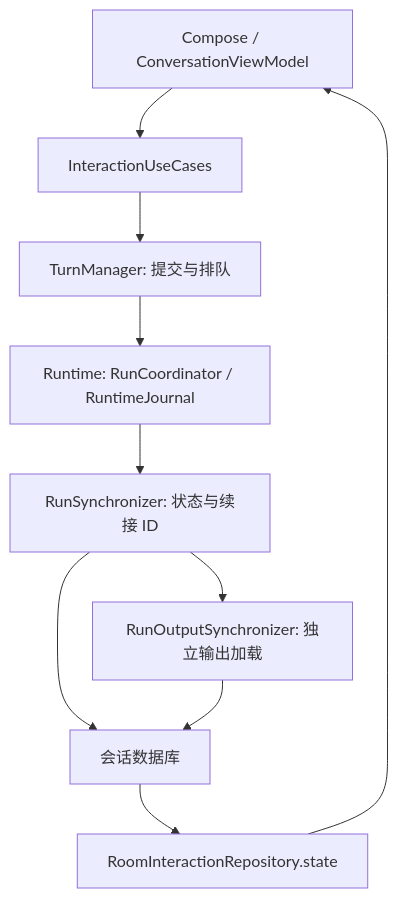
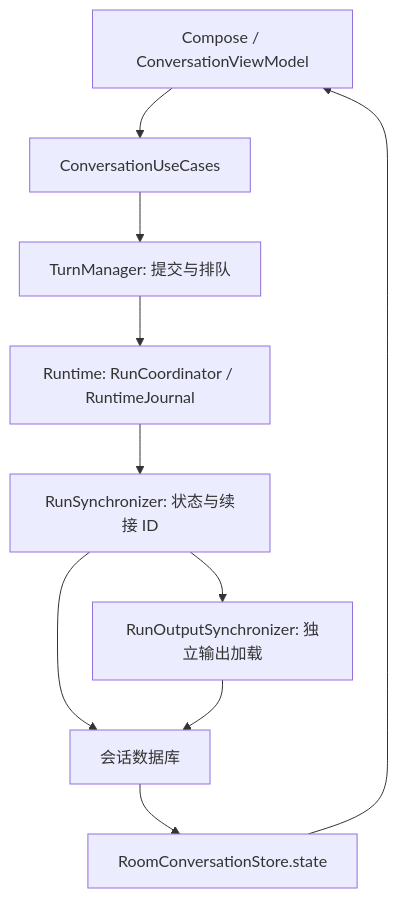
One commit to ytlog/mobby changed the diagram in docs/design/conversation-state-management.md. Above: the diagram before and after it, drawn with Mermaid. The commit also changed other lines of this file and 261 other files, not shown here.

````diff
--- a/docs/design/conversation-state-management.md
+++ b/docs/design/conversation-state-management.md
@@ -13,12 +13,12 @@
 ```mermaid
 flowchart TD
-    UI[Compose / ConversationViewModel] --> UC[InteractionUseCases]
+    UI[Compose / ConversationViewModel] --> UC[ConversationUseCases]
     UC --> TM[TurnManager: 提交与排队]
     TM --> RT[Runtime: RunCoordinator / RuntimeJournal]
     RT --> RS[RunSynchronizer: 状态与续接 ID]
     RS --> DB[会话数据库]
     RS --> OS[RunOutputSynchronizer: 独立输出加载]
     OS --> DB
-    DB --> RP[RoomInteractionRepository.state]
+    DB --> RP[RoomConversationStore.state]
     RP --> UI
 ```
````
